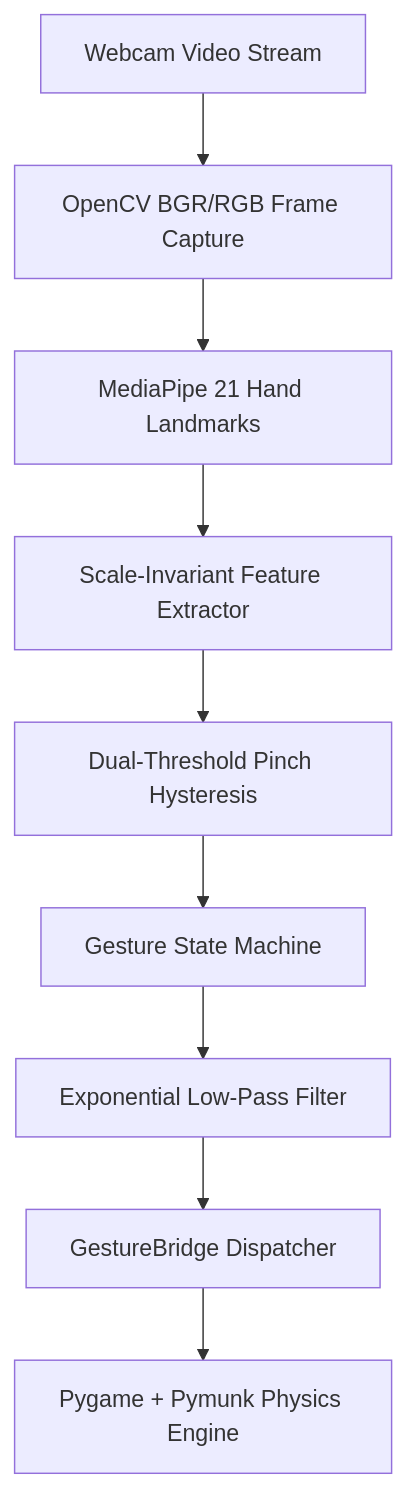
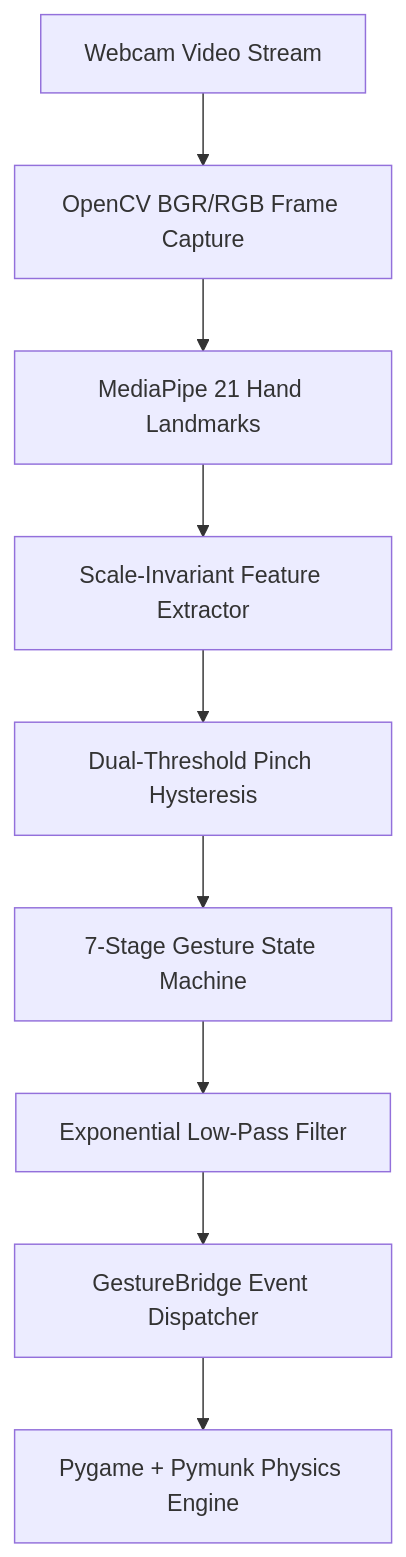
The diagram in README.md (GradientDescent-git/Gyro_Birdgame), drawn with Mermaid before and after one commit. The commit also changed other lines of this file and 2 other files, not shown here.

````diff
--- a/README.md
+++ b/README.md
@@ -25,11 +62,11 @@
 ```mermaid
 flowchart TD
     Camera[Webcam Video Stream] --> OpenCV[OpenCV BGR/RGB Frame Capture]
     OpenCV --> MediaPipe[MediaPipe 21 Hand Landmarks]
     MediaPipe --> Features[Scale-Invariant Feature Extractor]
     Features --> Hysteresis[Dual-Threshold Pinch Hysteresis]
-    Hysteresis --> FSM[Gesture State Machine]
+    Hysteresis --> FSM[7-Stage Gesture State Machine]
     FSM --> Smooth[Exponential Low-Pass Filter]
-    Smooth --> Bridge[GestureBridge Dispatcher]
+    Smooth --> Bridge[GestureBridge Event Dispatcher]
     Bridge --> Physics[Pygame + Pymunk Physics Engine]
 ```
````
